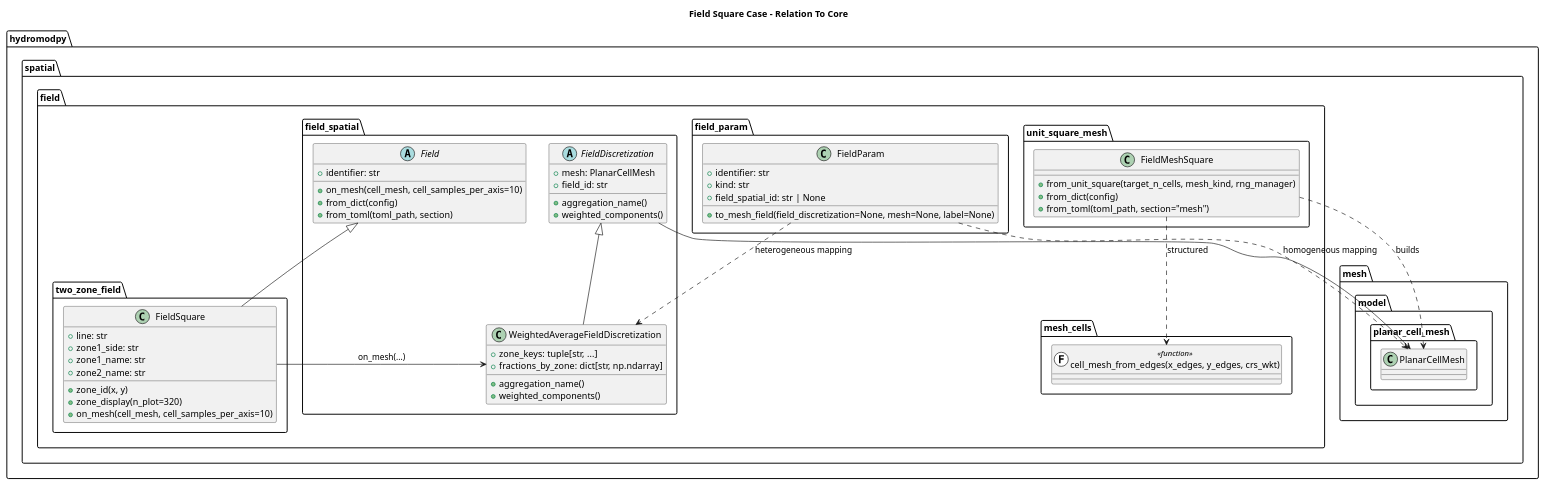
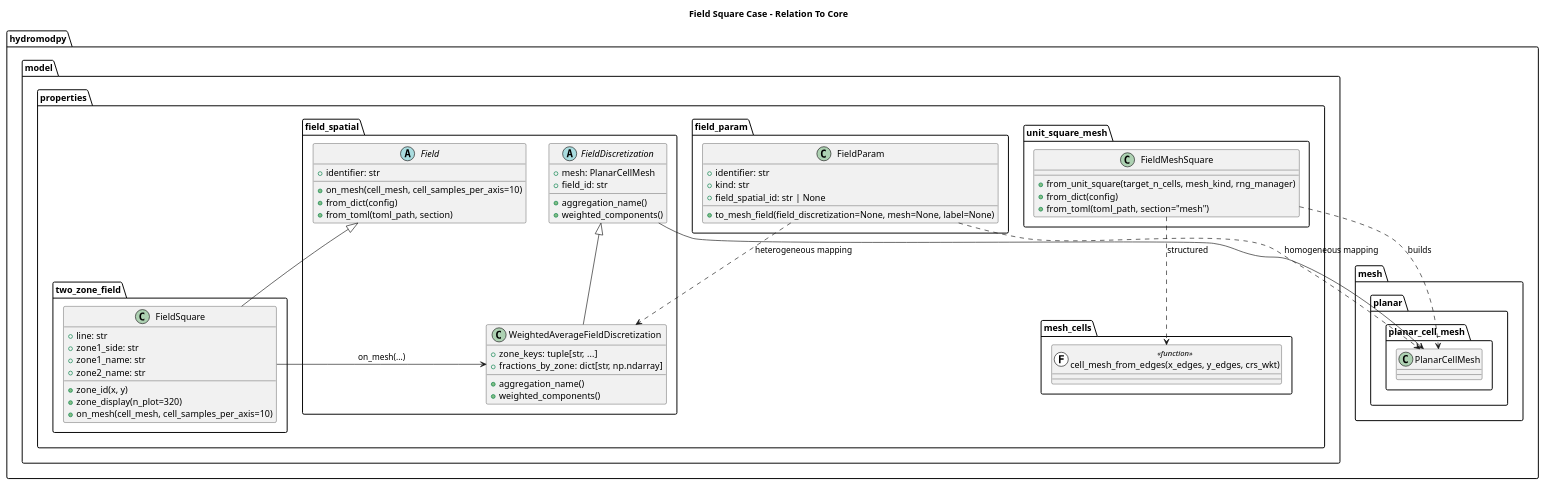
The diagram in docs/source/contribute/architecture/field/diagrams/field_spatial_cases_classes.wsd (HydroModPy/HydroModPy), drawn with PlantUML before and after one commit. The commit also changed 1341 other files, not shown here.

Commit message:
refactor(model): create model and mesh packages, move annex out of wheel

```diff
--- a/docs/source/contribute/architecture/field/diagrams/field_spatial_cases_classes.wsd
+++ b/docs/source/contribute/architecture/field/diagrams/field_spatial_cases_classes.wsd
@@ -1,78 +1,78 @@
 @startuml
 title Field Square Case - Relation To Core
 
-package "hydromodpy.spatial.mesh.model.planar_cell_mesh" {
+package "hydromodpy.mesh.planar.planar_cell_mesh" {
   class PlanarCellMesh
 }
 
-package "hydromodpy.spatial.field.mesh_cells" {
+package "hydromodpy.model.properties.mesh_cells" {
   class "cell_mesh_from_edges(x_edges, y_edges, crs_wkt)" as cell_mesh_from_edges << (F,#FFFFFF) function >>
 }
 
-package "hydromodpy.spatial.field.field_spatial" {
+package "hydromodpy.model.properties.field_spatial" {
   abstract class Field {
     +identifier: str
     +on_mesh(cell_mesh, cell_samples_per_axis=10)
     +from_dict(config)
     +from_toml(toml_path, section)
   }
 
   abstract class FieldDiscretization {
     +mesh: PlanarCellMesh
     +field_id: str
     +aggregation_name()
     +weighted_components()
   }
 }
 
-package "hydromodpy.spatial.field.field_spatial" {
+package "hydromodpy.model.properties.field_spatial" {
   class WeightedAverageFieldDiscretization {
     +zone_keys: tuple[str, ...]
     +fractions_by_zone: dict[str, np.ndarray]
     +aggregation_name()
     +weighted_components()
   }
 }
 
-package "hydromodpy.spatial.field.field_param" {
+package "hydromodpy.model.properties.field_param" {
   class FieldParam {
     +identifier: str
     +kind: str
     +field_spatial_id: str | None
     +to_mesh_field(field_discretization=None, mesh=None, label=None)
   }
 }
 
-package "hydromodpy.spatial.field.two_zone_field" {
+package "hydromodpy.model.properties.two_zone_field" {
   class FieldSquare {
     +line: str
     +zone1_side: str
     +zone1_name: str
     +zone2_name: str
     +zone_id(x, y)
     +zone_display(n_plot=320)
     +on_mesh(cell_mesh, cell_samples_per_axis=10)
   }
 }
 
-package "hydromodpy.spatial.field.unit_square_mesh" {
+package "hydromodpy.model.properties.unit_square_mesh" {
   class FieldMeshSquare {
     +from_unit_square(target_n_cells, mesh_kind, rng_manager)
     +from_dict(config)
     +from_toml(toml_path, section="mesh")
   }
 }
 
 Field <|-- FieldSquare
 FieldDiscretization <|-- WeightedAverageFieldDiscretization
 FieldDiscretization --> PlanarCellMesh
 
 FieldSquare --> WeightedAverageFieldDiscretization : on_mesh(...)
 
 FieldMeshSquare ..> cell_mesh_from_edges : structured
 FieldMeshSquare ..> PlanarCellMesh : builds
 
 FieldParam ..> PlanarCellMesh : homogeneous mapping
 FieldParam ..> WeightedAverageFieldDiscretization : heterogeneous mapping
 
 @enduml
```
